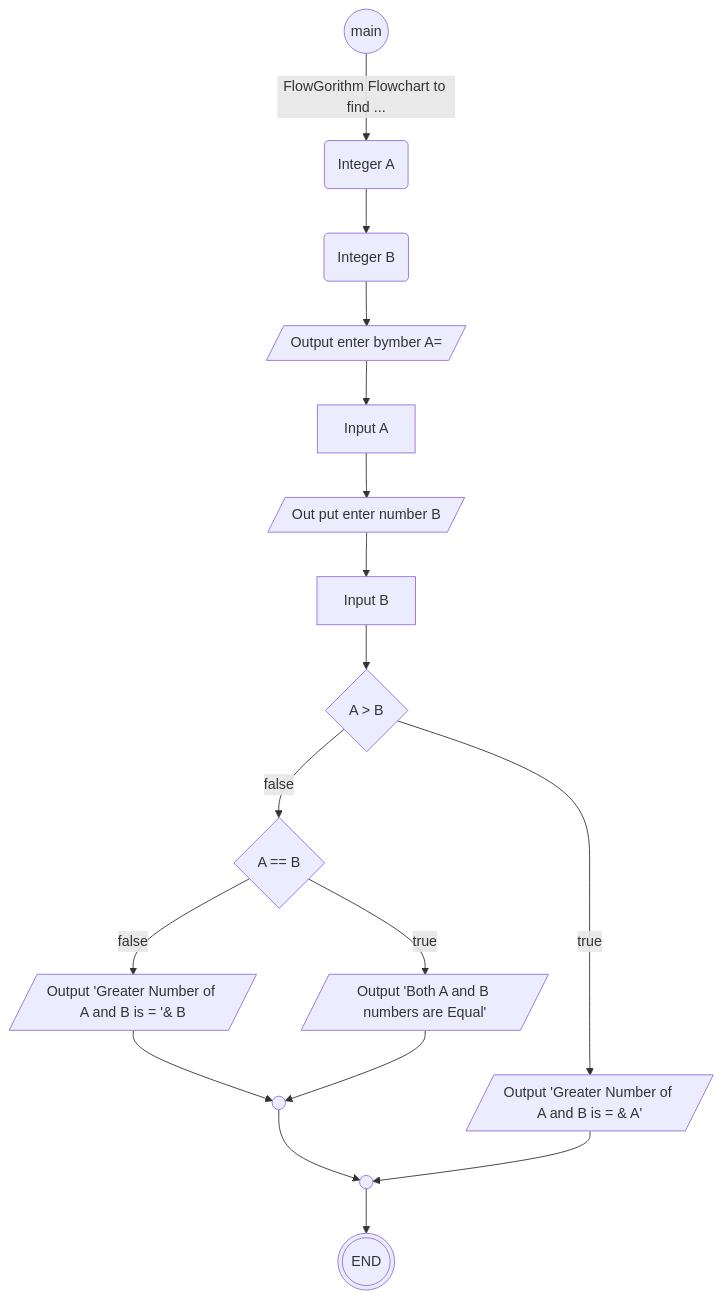
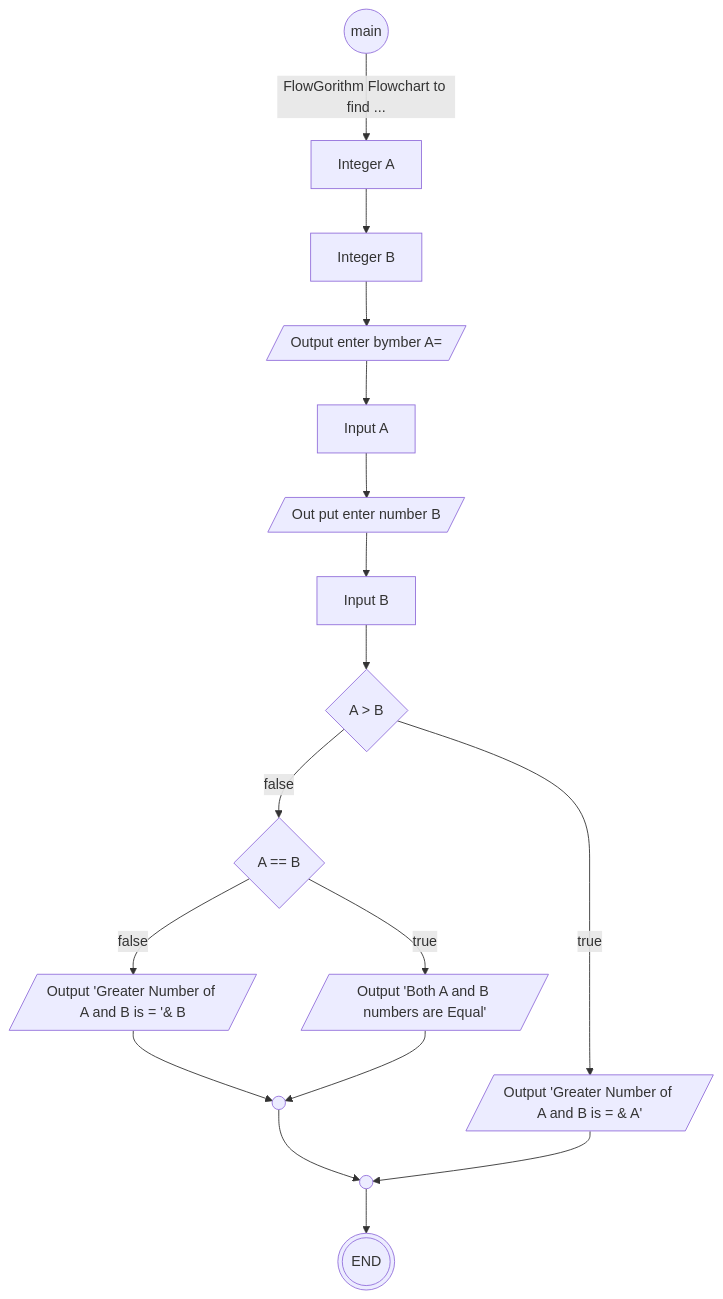
The diagram in Chart.md (dangxuanloc/mermaid-diagram), drawn with Mermaid before and after one commit.

````diff
--- a/Chart.md
+++ b/Chart.md
@@ -1,20 +1,20 @@
 ```mermaid
 flowchart TD
     m((main)) -->
-    |FlowGorithm Flowchart to find ...| A(Integer A)
-    -->B(Integer B)
+    |FlowGorithm Flowchart to find ...| A[Integer A]
+    -->B[Integer B]
     -->bh1[/Output enter bymber A=/]
     -->bh2[Input A]
     -->bh3[/Out put enter number B/]
     -->bh4[Input B]
     -->condition1{A > B}
     condition1-->|false|condition2{A == B}
     condition1-->|true|bh5[/Output 'Greater Number of A and B is = & A'/]
     condition2-->|false|bh6[/Output 'Greater Number of A and B is = '& B/]
     condition2-->|true|bh7[/Output 'Both A and B numbers are Equal'/]
     bh6-->id1(( ))
     bh7-->id1(( ))
     id1-->id2(((End)))
     bh5-->id2(( ))
     id2-->id3(((END)))
 ```
````
